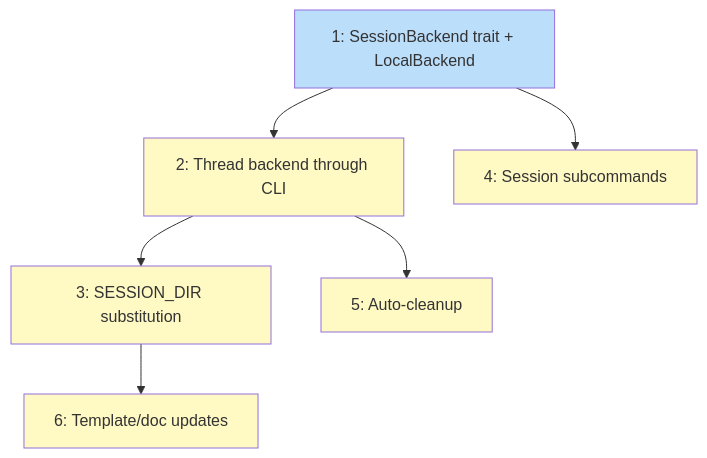
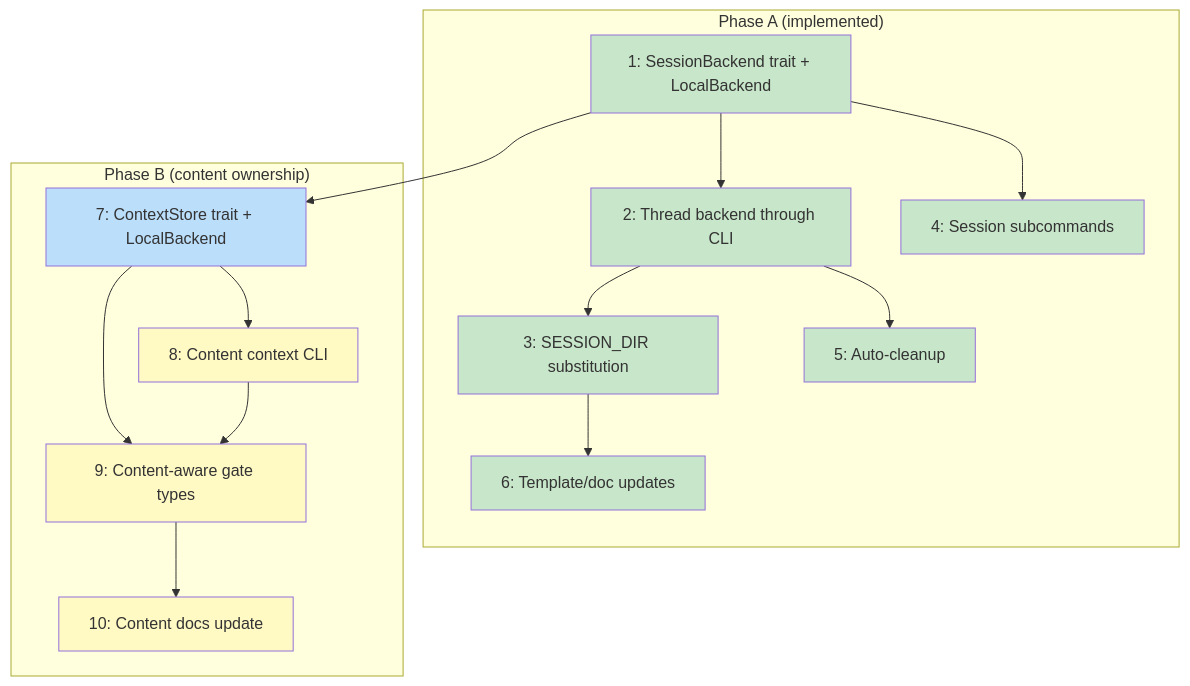
The diagram in docs/plans/PLAN-local-session-storage.md (tsukumogami/koto), drawn with Mermaid before and after one commit. The commit also changed other lines of this file, not shown here.

First line of the commit message:
docs(plan): add Phase B issues (7-10) for content ownership

````diff
--- a/docs/plans/PLAN-local-session-storage.md
+++ b/docs/plans/PLAN-local-session-storage.md
@@ -155,21 +250,38 @@
 ```mermaid
 graph TD
-    I1["1: SessionBackend trait + LocalBackend"]
-    I2["2: Thread backend through CLI"]
-    I3["3: SESSION_DIR substitution"]
-    I4["4: Session subcommands"]
-    I5["5: Auto-cleanup"]
-    I6["6: Template/doc updates"]
+    subgraph "Phase A (implemented)"
+        I1["1: SessionBackend trait + LocalBackend"]
+        I2["2: Thread backend through CLI"]
+        I3["3: SESSION_DIR substitution"]
+        I4["4: Session subcommands"]
+        I5["5: Auto-cleanup"]
+        I6["6: Template/doc updates"]
+    end
+
+    subgraph "Phase B (content ownership)"
+        I7["7: ContextStore trait + LocalBackend"]
+        I8["8: Content context CLI"]
+        I9["9: Content-aware gate types"]
+        I10["10: Content docs update"]
+    end
 
     I1 --> I2
     I1 --> I4
     I2 --> I3
     I2 --> I5
     I3 --> I6
 
+    I1 --> I7
+    I7 --> I8
+    I7 --> I9
+    I8 --> I9
+    I9 --> I10
+
+    classDef done fill:#c8e6c9
     classDef ready fill:#bbdefb
     classDef blocked fill:#fff9c4
 
-    class I1 ready
-    class I2,I3,I4,I5,I6 blocked
+    class I1,I2,I3,I4,I5,I6 done
+    class I7 ready
+    class I8,I9,I10 blocked
 ```
````
